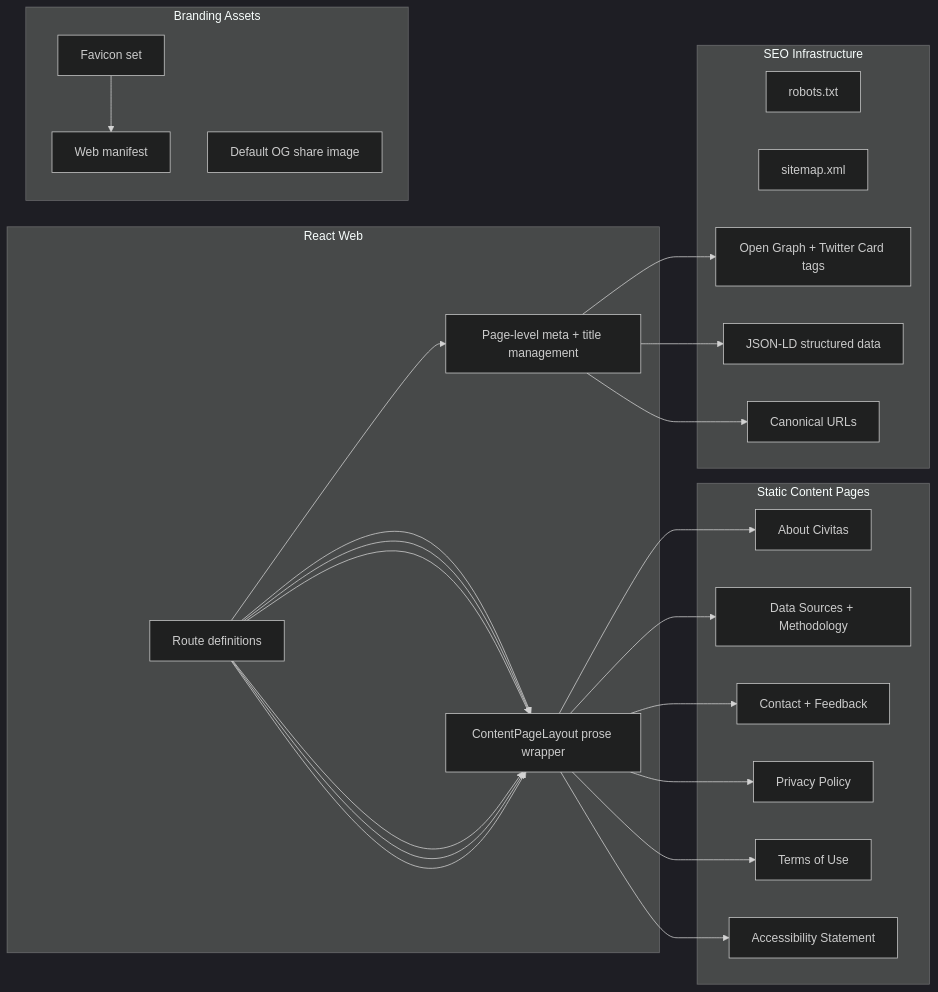
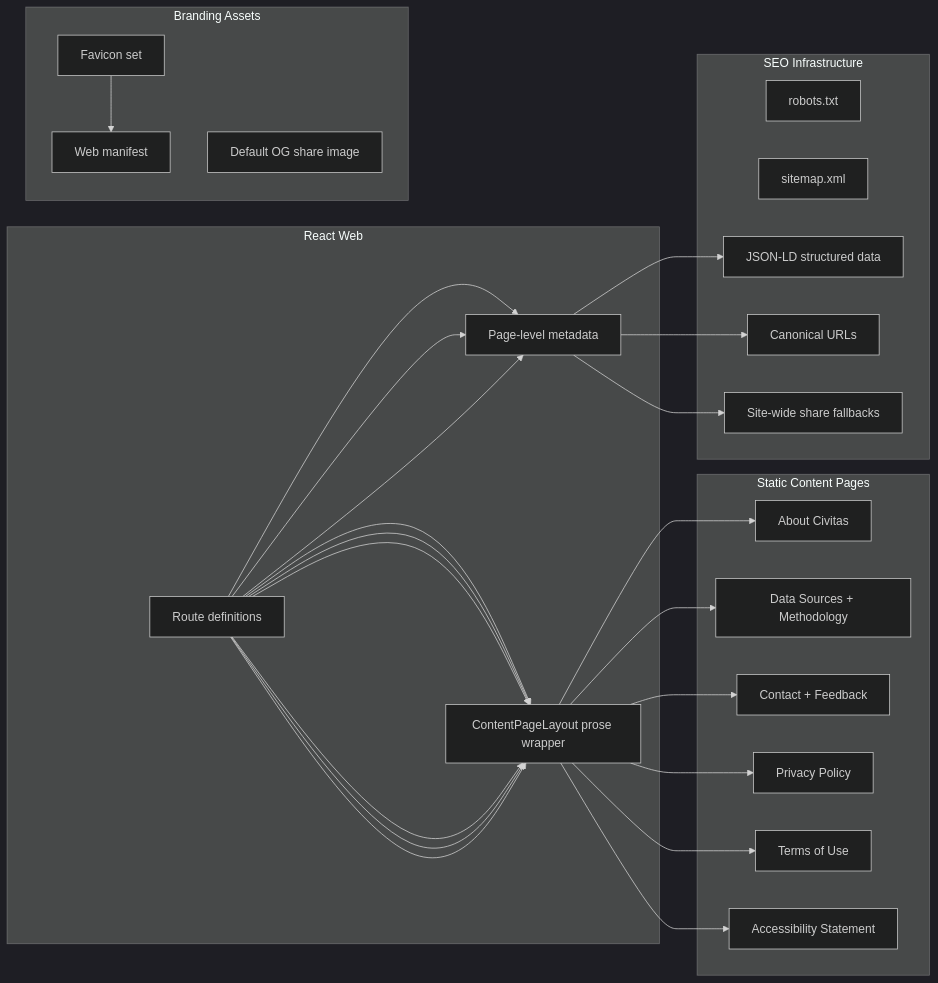
The diagram in .planning/phases/phase-13-launch-readiness/README.md (tomloraso/grokcivitas3), drawn with Mermaid (dark theme) before and after one commit. The commit also changed other lines of this file and 5 other files, not shown here.

````diff
--- a/.planning/phases/phase-13-launch-readiness/README.md
+++ b/.planning/phases/phase-13-launch-readiness/README.md
@@ -47,42 +47,42 @@
 ```mermaid
 flowchart LR
-  subgraph Web[React Web]
-    ROUTES[Route definitions]
-    META[Page-level meta + title management]
-    LAYOUT[ContentPageLayout prose wrapper]
+  subgraph Web["React Web"]
+    ROUTES["Route definitions"]
+    META["Page-level metadata"]
+    LAYOUT["ContentPageLayout prose wrapper"]
   end
 
-  subgraph Pages[Static Content Pages]
-    ABOUT[About Civitas]
-    SOURCES[Data Sources + Methodology]
-    CONTACT[Contact + Feedback]
-    PRIVACY[Privacy Policy]
-    TERMS[Terms of Use]
-    ACCESS[Accessibility Statement]
+  subgraph Pages["Static Content Pages"]
+    ABOUT["About Civitas"]
+    SOURCES["Data Sources + Methodology"]
+    CONTACT["Contact + Feedback"]
+    PRIVACY["Privacy Policy"]
+    TERMS["Terms of Use"]
+    ACCESS["Accessibility Statement"]
   end
 
-  subgraph SEO[SEO Infrastructure]
-    ROBOTS[robots.txt]
-    SITEMAP[sitemap.xml]
-    OG[Open Graph + Twitter Card tags]
-    JSONLD[JSON-LD structured data]
-    CANONICAL[Canonical URLs]
+  subgraph SEO["SEO Infrastructure"]
+    ROBOTS["robots.txt"]
+    SITEMAP["sitemap.xml"]
+    JSONLD["JSON-LD structured data"]
+    CANONICAL["Canonical URLs"]
+    SHARE["Site-wide share fallbacks"]
   end
 
-  subgraph Assets[Branding Assets]
-    FAVICON[Favicon set]
-    MANIFEST[Web manifest]
-    OGIMAGE[Default OG share image]
+  subgraph Assets["Branding Assets"]
+    FAVICON["Favicon set"]
+    MANIFEST["Web manifest"]
+    OGIMAGE["Default OG share image"]
   end
 
-  ROUTES --> META --> OG
+  ROUTES --> META --> CANONICAL
+  ROUTES --> META --> JSONLD
+  ROUTES --> META --> SHARE
   ROUTES --> LAYOUT --> ABOUT
   ROUTES --> LAYOUT --> SOURCES
   ROUTES --> LAYOUT --> CONTACT
   ROUTES --> LAYOUT --> PRIVACY
   ROUTES --> LAYOUT --> TERMS
   ROUTES --> LAYOUT --> ACCESS
-  META --> JSONLD
-  META --> CANONICAL
   FAVICON --> MANIFEST
 ```
````
